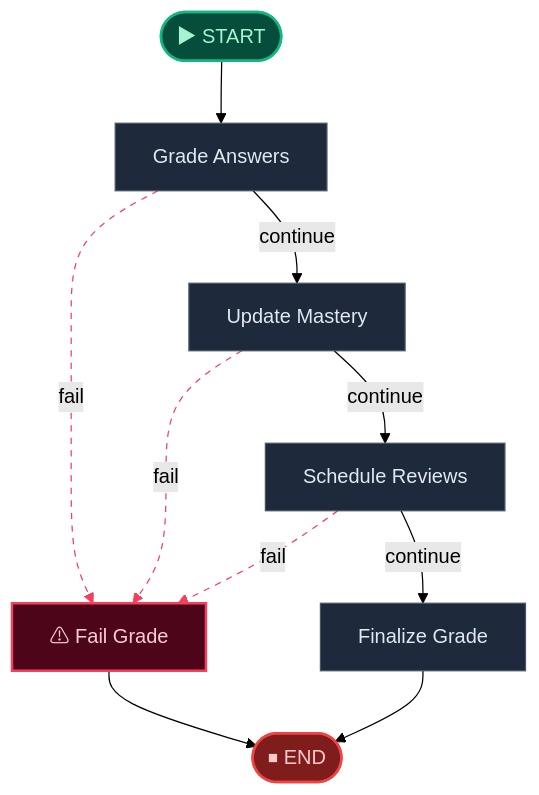
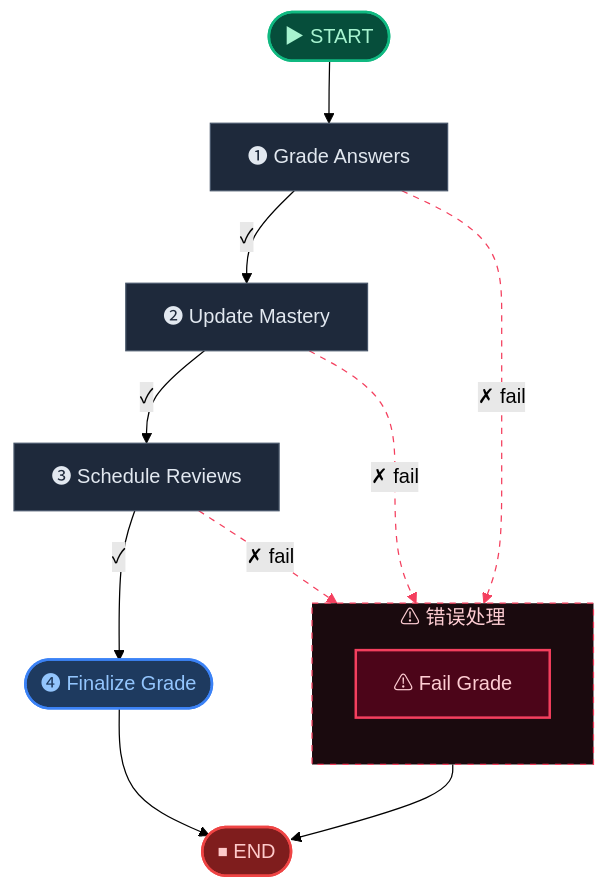
The first of 3 diagrams in backend/scripts/.generated_workflow_diagrams/examine.md (aiteachme/AITeachMe), drawn with Mermaid (forest theme) before and after one commit. The commit also changed other lines of this file and 6 other files, not shown here.

````diff
--- a/backend/scripts/.generated_workflow_diagrams/examine.md
+++ b/backend/scripts/.generated_workflow_diagrams/examine.md
@@ -17,30 +19,37 @@
 ```mermaid
 flowchart TD
     __start__(["▶ START"])
-    grade_answers["Grade Answers"]
-    update_mastery["Update Mastery"]
-    schedule_reviews["Schedule Reviews"]
-    finalize_grade["Finalize Grade"]
-    fail_grade["⚠ Fail Grade"]
+    grade_answers["❶ Grade Answers"]
+    update_mastery["❷ Update Mastery"]
+    schedule_reviews["❸ Schedule Reviews"]
+    finalize_grade(["❹ Finalize Grade"])
     __end__(["⏹ END"])
 
+    subgraph error_zone ["⚠ 错误处理"]
+    direction TB
+        fail_grade["⚠ Fail Grade"]
+    end
+
     __start__ --> grade_answers
-    grade_answers -. fail .-> fail_grade
-    grade_answers -->|"continue"| update_mastery
-    schedule_reviews -. fail .-> fail_grade
-    schedule_reviews -->|"continue"| finalize_grade
-    update_mastery -. fail .-> fail_grade
-    update_mastery -->|"continue"| schedule_reviews
+    grade_answers -. "✗ fail" .-> fail_grade
+    grade_answers -->|"✓"| update_mastery
+    schedule_reviews -. "✗ fail" .-> fail_grade
+    schedule_reviews -->|"✓"| finalize_grade
+    update_mastery -. "✗ fail" .-> fail_grade
+    update_mastery -->|"✓"| schedule_reviews
     fail_grade --> __end__
     finalize_grade --> __end__
 
     %% ── Styling ──
     classDef startCls fill:#064e3b,stroke:#10b981,stroke-width:2px,color:#a7f3d0
     classDef endCls fill:#7f1d1d,stroke:#ef4444,stroke-width:2px,color:#fecaca
     classDef failCls fill:#4c0519,stroke:#f43f5e,stroke-width:2px,color:#fecdd3
+    classDef termCls fill:#1e3a5f,stroke:#3b82f6,stroke-width:2px,color:#93c5fd
     classDef default fill:#1e293b,stroke:#475569,stroke-width:1px,color:#e2e8f0
+    style error_zone fill:#1a0a0e,stroke:#f43f5e,stroke-width:1px,color:#fecdd3,stroke-dasharray:5
     class __start__ startCls
+    class finalize_grade termCls
     class fail_grade failCls
     class __end__ endCls
     linkStyle 1,3,5 stroke:#f43f5e,stroke-dasharray:5
 ```
````
